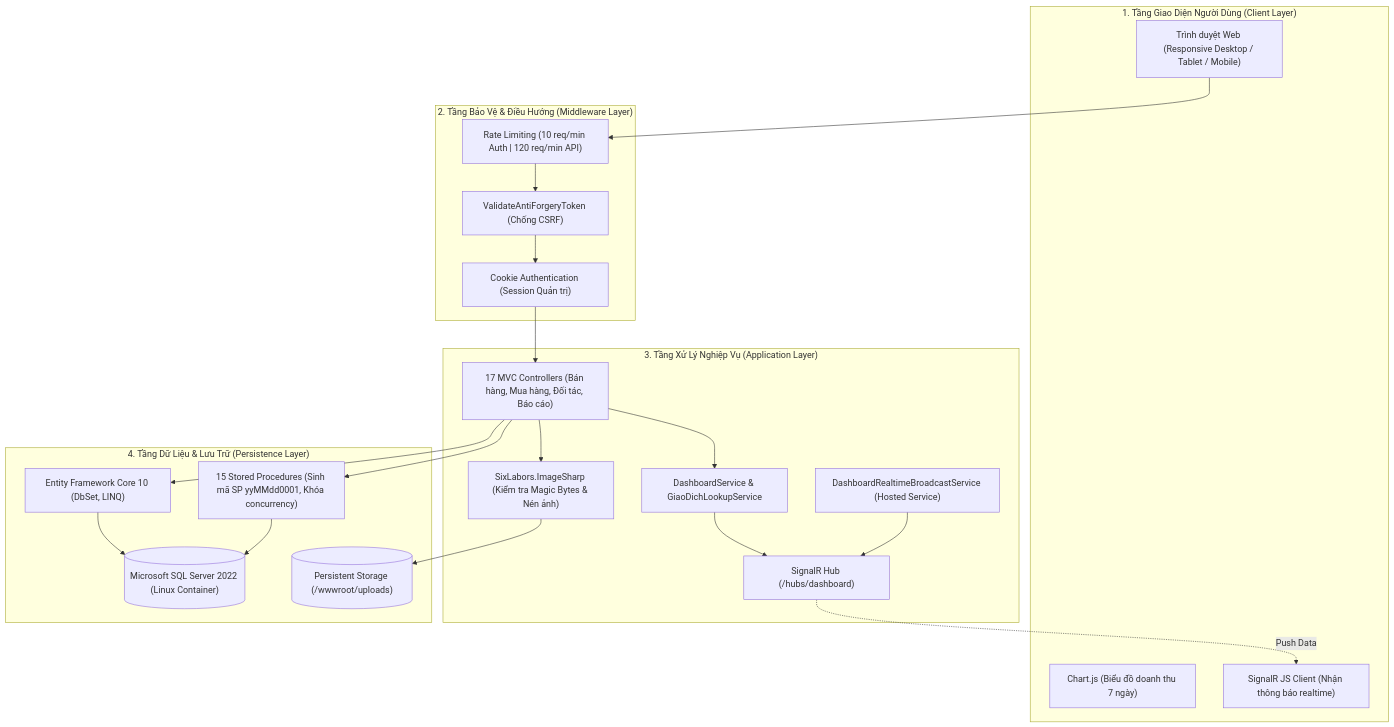
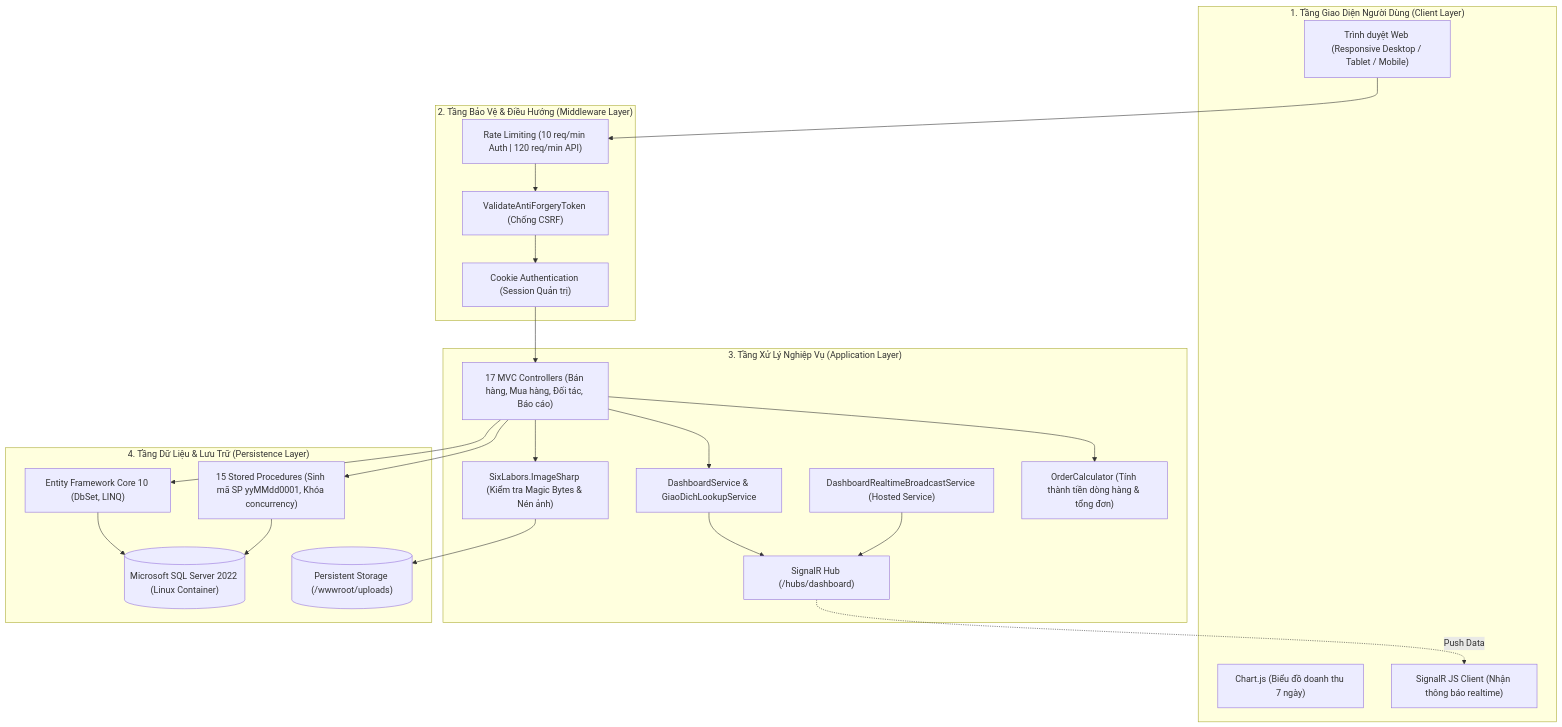
The first of 2 diagrams in README.md (nguyenxp3n/WebQLBH), drawn with Mermaid before and after one commit. The commit also changed other lines of this file and 1 other file, not shown here.

````diff
--- a/README.md
+++ b/README.md
@@ -46,46 +46,48 @@
 ```mermaid
 flowchart TD
     subgraph ClientLayer ["1. Tầng Giao Diện Người Dùng (Client Layer)"]
         Browser["Trình duyệt Web (Responsive Desktop / Tablet / Mobile)"]
         ChartJS["Chart.js (Biểu đồ doanh thu 7 ngày)"]
         SignalRClient["SignalR JS Client (Nhận thông báo realtime)"]
     end
 
     subgraph GatewayMiddleware ["2. Tầng Bảo Vệ & Điều Hướng (Middleware Layer)"]
         RateLimiter["Rate Limiting (10 req/min Auth | 120 req/min API)"]
         Antiforgery["ValidateAntiForgeryToken (Chống CSRF)"]
         CookieAuth["Cookie Authentication (Session Quản trị)"]
     end
 
     subgraph AppLayer ["3. Tầng Xử Lý Nghiệp Vụ (Application Layer)"]
         Controllers["17 MVC Controllers (Bán hàng, Mua hàng, Đối tác, Báo cáo)"]
         DashboardService["DashboardService & GiaoDichLookupService"]
         RealtimeHub["SignalR Hub (/hubs/dashboard)"]
         BackgroundWorker["DashboardRealtimeBroadcastService (Hosted Service)"]
         ImageSecurity["SixLabors.ImageSharp (Kiểm tra Magic Bytes & Nén ảnh)"]
+        OrderEngine["OrderCalculator (Tính thành tiền dòng hàng & tổng đơn)"]
     end
 
     subgraph DataAccessLayer ["4. Tầng Dữ Liệu & Lưu Trữ (Persistence Layer)"]
         EFCore["Entity Framework Core 10 (DbSet, LINQ)"]
         StoredProcedures["15 Stored Procedures (Sinh mã SP yyMMdd0001, Khóa concurrency)"]
         SQLServer[("Microsoft SQL Server 2022 (Linux Container)")]
         UploadVolume[("Persistent Storage (/wwwroot/uploads)")]
     end
 
     Browser --> RateLimiter
     RateLimiter --> Antiforgery
     Antiforgery --> CookieAuth
     CookieAuth --> Controllers
 
     Controllers --> DashboardService
     Controllers --> ImageSecurity
+    Controllers --> OrderEngine
     ImageSecurity --> UploadVolume
     DashboardService --> RealtimeHub
     BackgroundWorker --> RealtimeHub
     RealtimeHub -. Push Data .-> SignalRClient
 
     Controllers --> EFCore
     Controllers --> StoredProcedures
     EFCore --> SQLServer
     StoredProcedures --> SQLServer
 ```
````
